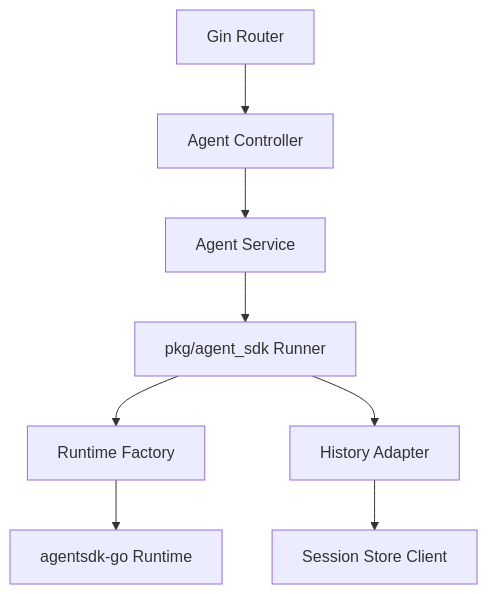
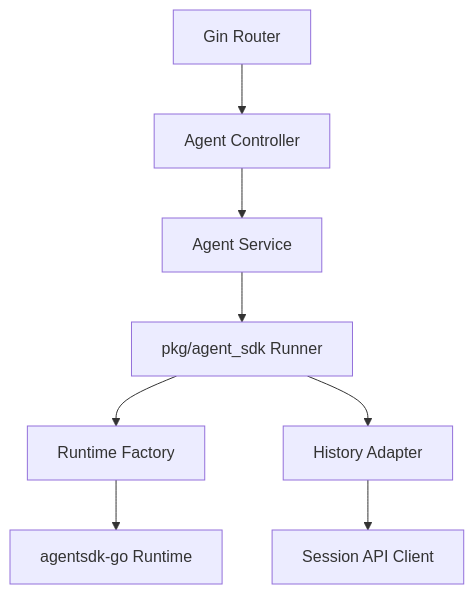
Before and after one commit to issueye/icoo_claw: the second of 5 diagrams in docs/ai-agent-platform/02-architecture.md, drawn with Mermaid. The commit also changed other lines of this file and 63 other files, not shown here.

````diff
--- a/docs/ai-agent-platform/02-architecture.md
+++ b/docs/ai-agent-platform/02-architecture.md
@@ -80,10 +68,10 @@
 ```mermaid
 flowchart TB
   Router["Gin Router"] --> Controller["Agent Controller"]
   Controller --> AgentService["Agent Service"]
   AgentService --> Runner["pkg/agent_sdk Runner"]
   Runner --> RuntimeFactory["Runtime Factory"]
   Runner --> HistoryAdapter["History Adapter"]
-  HistoryAdapter --> SessionClient["Session Store Client"]
+  HistoryAdapter --> SessionClient["Session API Client"]
   RuntimeFactory --> SDK["agentsdk-go Runtime"]
 ```
````
